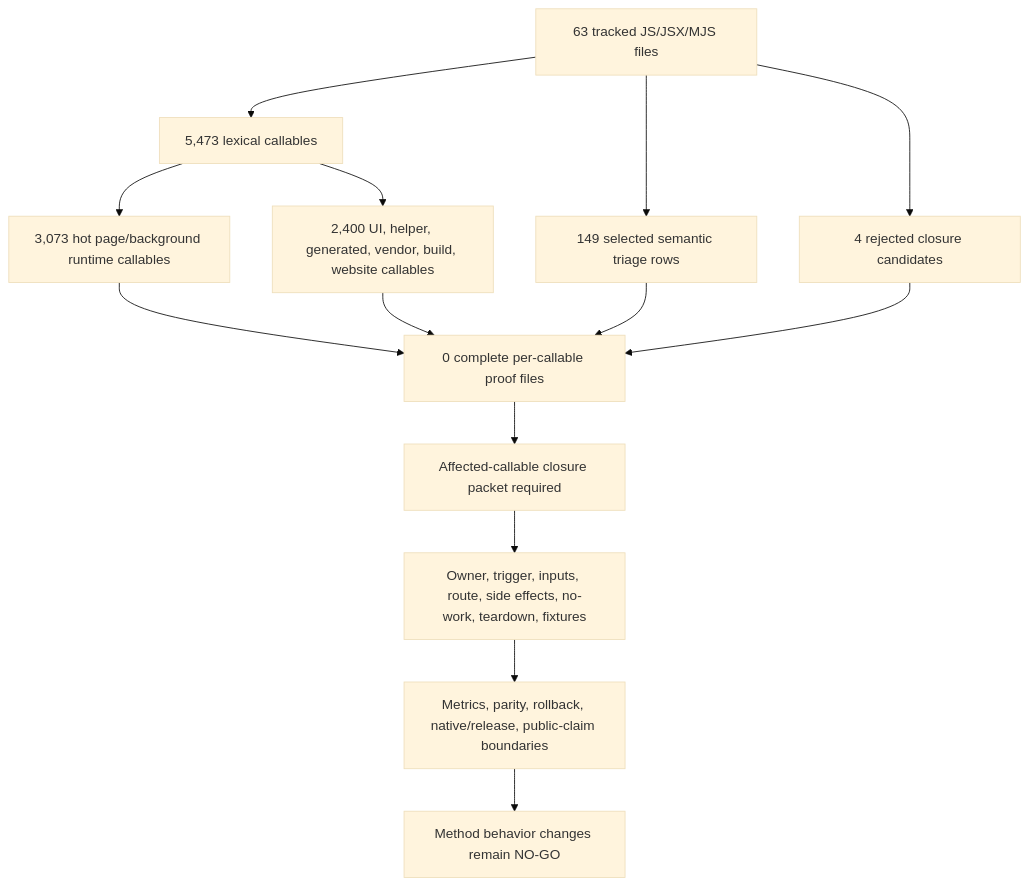
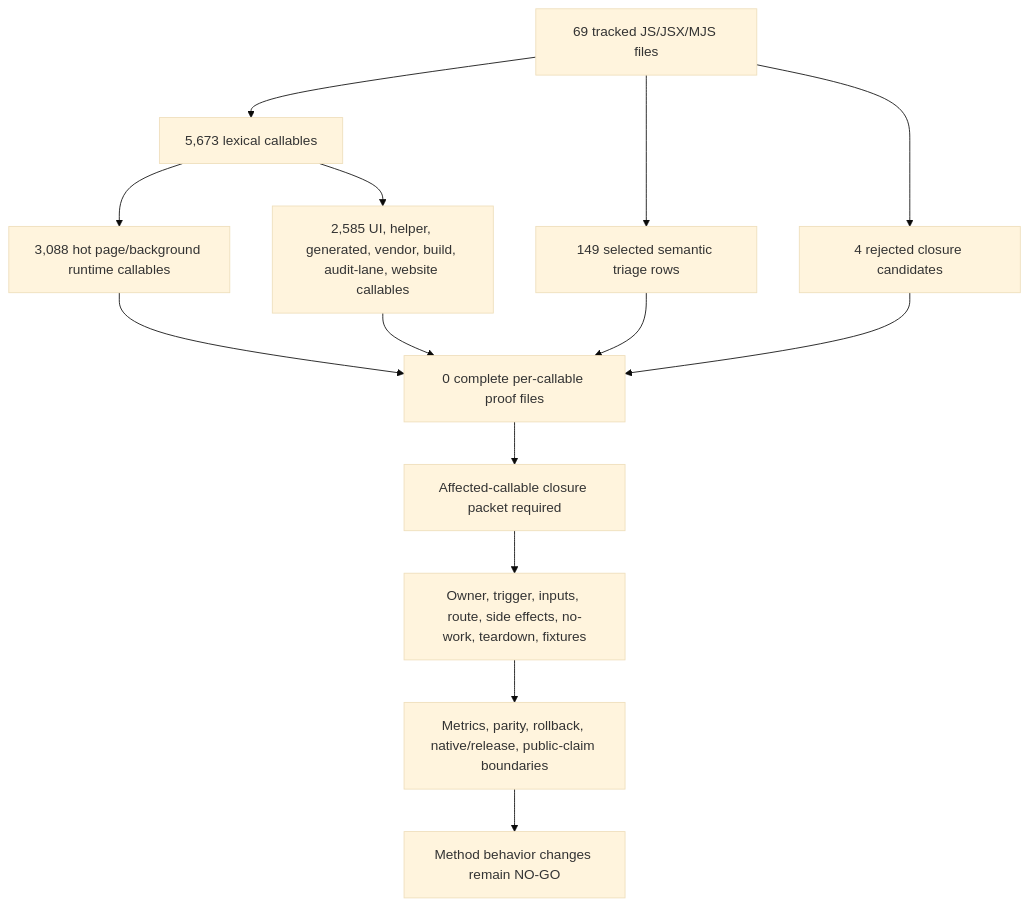
Before and after one commit to varshneydevansh/FilterTube: the first of 2 diagrams in docs/audit/FILTERTUBE_METHOD_SEMANTIC_PROOF_GAP_INDEX_CURRENT_BEHAVIOR_2026-05-25.md, drawn with Mermaid (base theme). The commit also changed other lines of this file and 12 other files, not shown here.

````diff
--- a/docs/audit/FILTERTUBE_METHOD_SEMANTIC_PROOF_GAP_INDEX_CURRENT_BEHAVIOR_2026-05-25.md
+++ b/docs/audit/FILTERTUBE_METHOD_SEMANTIC_PROOF_GAP_INDEX_CURRENT_BEHAVIOR_2026-05-25.md
@@ -130,16 +130,16 @@
 ```mermaid
 flowchart TD
-  A["63 tracked JS/JSX/MJS files"] --> B["5,473 lexical callables"]
-  B --> C["3,073 hot page/background runtime callables"]
-  B --> D["2,400 UI, helper, generated, vendor, build, website callables"]
+  A["69 tracked JS/JSX/MJS files"] --> B["5,673 lexical callables"]
+  B --> C["3,088 hot page/background runtime callables"]
+  B --> D["2,585 UI, helper, generated, vendor, build, audit-lane, website callables"]
   A --> E["149 selected semantic triage rows"]
   A --> F["4 rejected closure candidates"]
   C --> G["0 complete per-callable proof files"]
   D --> G
   E --> G
   F --> G
   G --> H["Affected-callable closure packet required"]
   H --> I["Owner, trigger, inputs, route, side effects, no-work, teardown, fixtures"]
   I --> J["Metrics, parity, rollback, native/release, public-claim boundaries"]
   J --> K["Method behavior changes remain NO-GO"]
 ```
````
